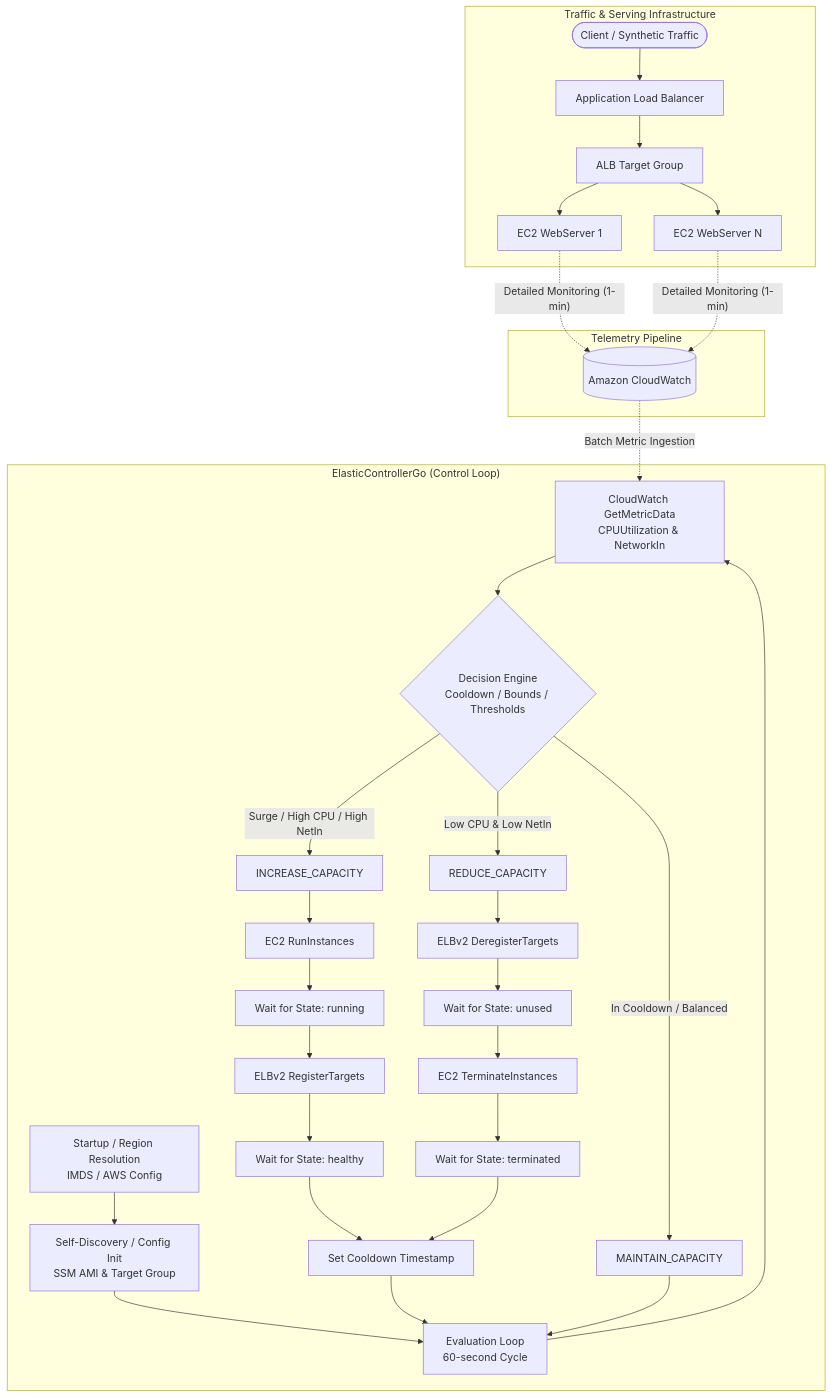
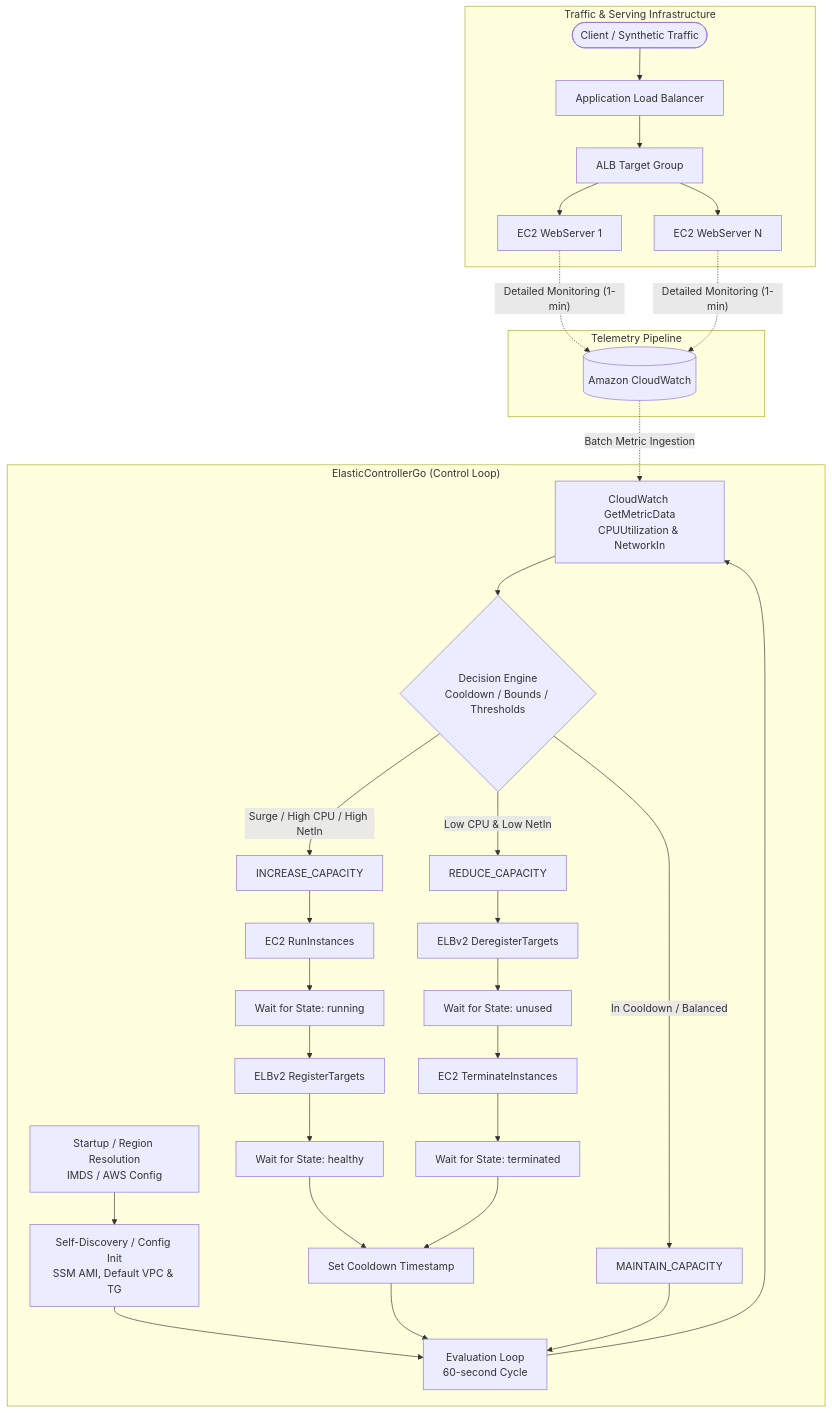
The diagram in .github/README.md (DavidCurelop/ElasticControllerGo), drawn with Mermaid before and after one commit. The commit also changed other lines of this file, not shown here.

Commit message:
docs: updated readme with VPC updates

````diff
--- a/.github/README.md
+++ b/.github/README.md
@@ -50,41 +50,41 @@
 ```mermaid
 flowchart TD
     subgraph Workload ["Traffic & Serving Infrastructure"]
         Traffic([Client / Synthetic Traffic]) --> ALB[Application Load Balancer]
         ALB --> TG[ALB Target Group]
         TG --> EC2_1[EC2 WebServer 1]
         TG --> EC2_N[EC2 WebServer N]
     end
 
     subgraph Telemetry ["Telemetry Pipeline"]
         EC2_1 -. Detailed Monitoring (1-min) .-> CW[(Amazon CloudWatch)]
         EC2_N -. Detailed Monitoring (1-min) .-> CW
     end
 
     subgraph Controller ["ElasticControllerGo (Control Loop)"]
-        Init[Startup / Region Resolution\nIMDS / AWS Config] --> SelfHeal[Self-Discovery / Config Init\nSSM AMI & Target Group]
+        Init[Startup / Region Resolution\nIMDS / AWS Config] --> SelfHeal[Self-Discovery / Config Init\nSSM AMI, Default VPC & TG]
         SelfHeal --> Loop[Evaluation Loop\n60-second Cycle]
         Loop --> Query[CloudWatch GetMetricData\nCPUUtilization & NetworkIn]
         Query --> Evaluate{Decision Engine\nCooldown / Bounds / Thresholds}
         
         Evaluate -->|Surge / High CPU / High NetIn| ScaleOut[INCREASE_CAPACITY]
         Evaluate -->|Low CPU & Low NetIn| ScaleIn[REDUCE_CAPACITY]
         Evaluate -->|In Cooldown / Balanced| Maintain[MAINTAIN_CAPACITY]
         
         ScaleOut --> EC2Launch[EC2 RunInstances]
         EC2Launch --> WaitRun[Wait for State: running]
         WaitRun --> RegTG[ELBv2 RegisterTargets]
         RegTG --> WaitHealth[Wait for State: healthy]
         WaitHealth --> SetCooldown[Set Cooldown Timestamp]
 
         ScaleIn --> DeRegTG[ELBv2 DeregisterTargets]
         DeRegTG --> WaitDrain[Wait for State: unused]
         WaitDrain --> EC2Term[EC2 TerminateInstances]
         EC2Term --> WaitTerm[Wait for State: terminated]
         WaitTerm --> SetCooldown
     end
 
     CW -. Batch Metric Ingestion .-> Query
     SetCooldown --> Loop
     Maintain --> Loop
 ```
````
